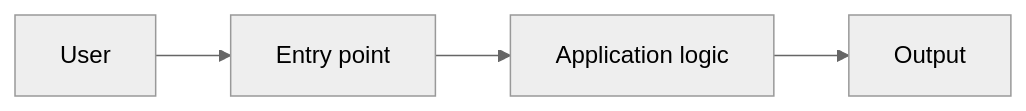
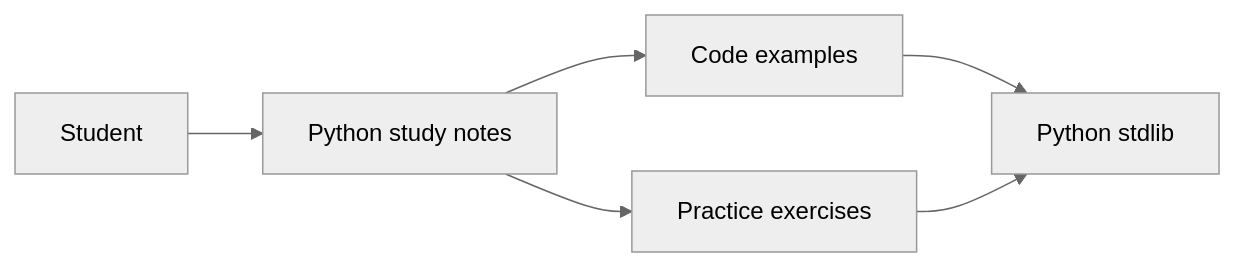
One commit to ALPHAMAN-0/Advance_Programming_Python changed the diagram in README.md. Above: the diagram before and after it, drawn with Mermaid (neutral theme).

Commit message:
docs: refine architecture diagram with repo-specific detail

````diff
--- a/README.md
+++ b/README.md
@@ -5,6 +5,8 @@
 ```mermaid
 flowchart LR
-    User --> Entry[Entry point]
-    Entry --> Logic[Application logic]
-    Logic --> Output[Output]
+    Student --> Notes[Python study notes]
+    Notes --> Examples[Code examples]
+    Notes --> Exercises[Practice exercises]
+    Examples --> StdLib[Python stdlib]
+    Exercises --> StdLib
 ```
````
